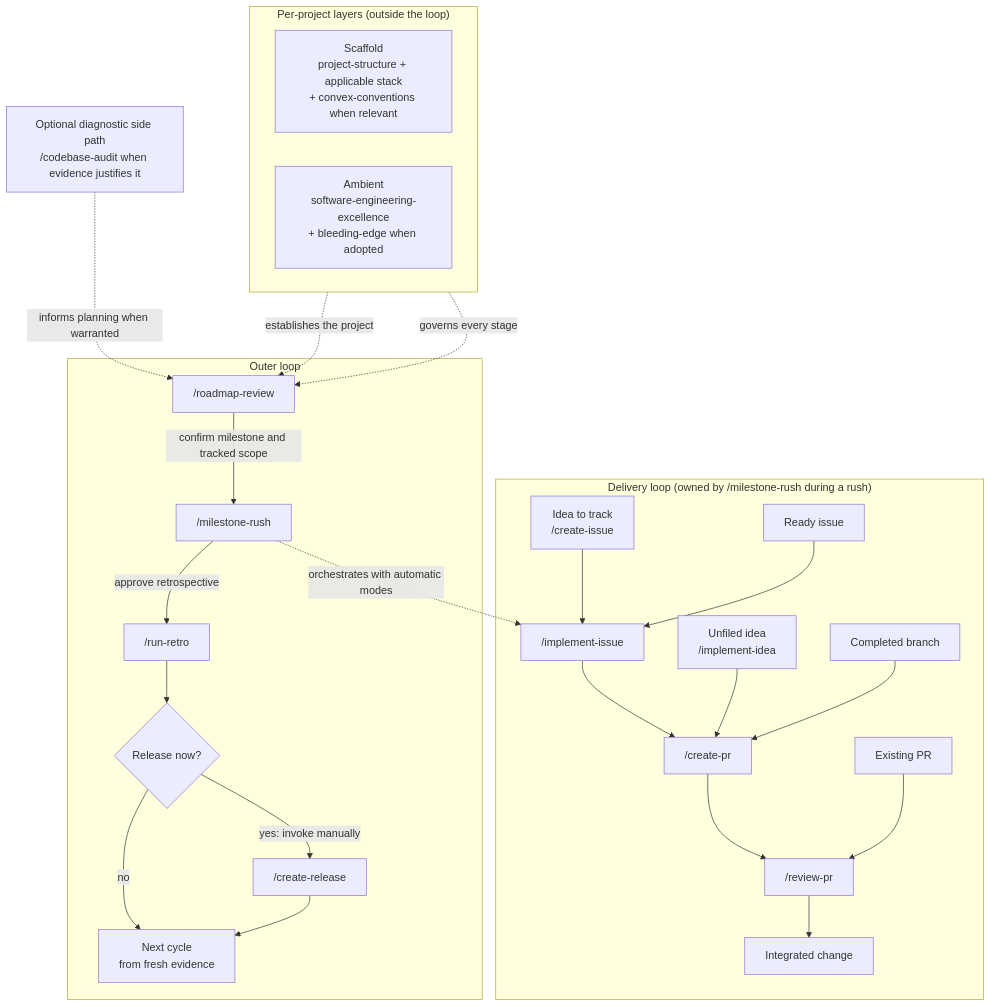
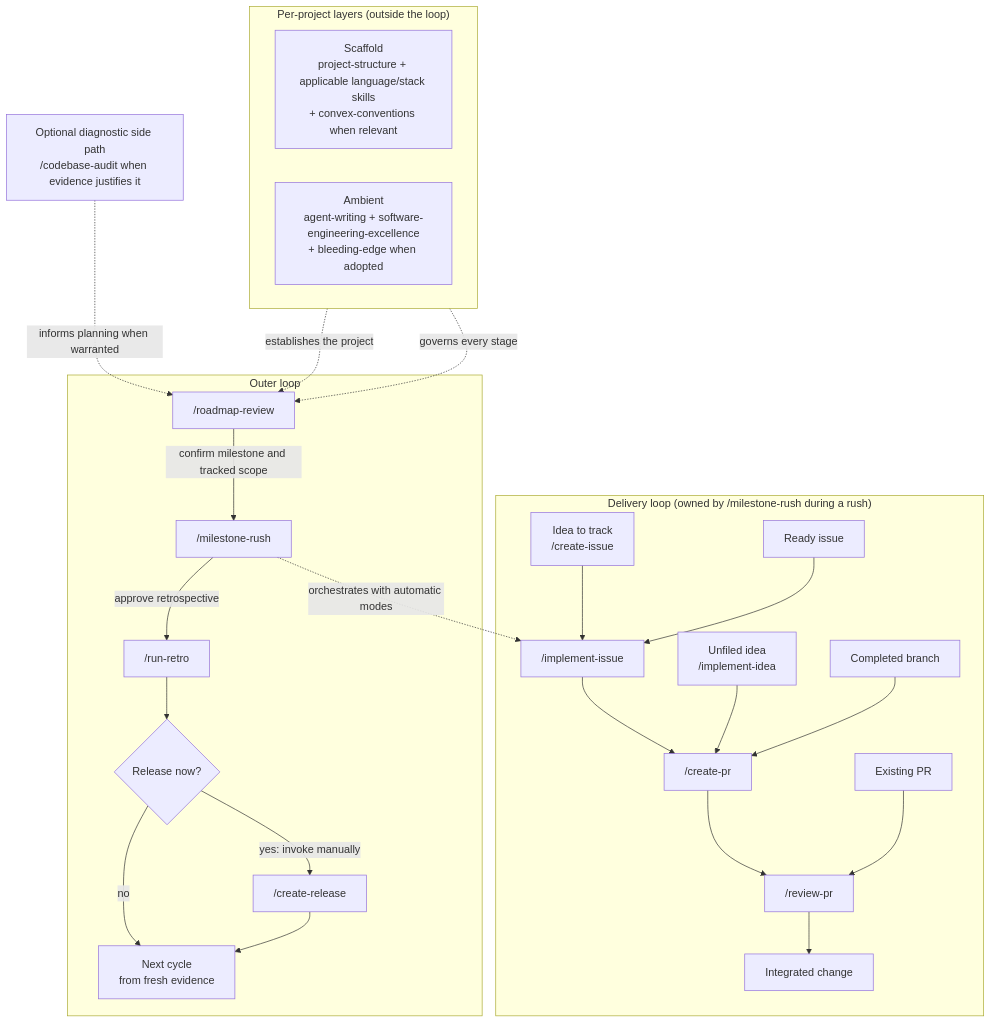
One commit to frostney/known-good-route changed the diagram in README.md. Above: the diagram before and after it, drawn with Mermaid. The commit also changed other lines of this file and 29 other files, not shown here.

````diff
--- a/README.md
+++ b/README.md
@@ -26,52 +26,52 @@
 ```mermaid
 flowchart TB
     subgraph Layers["Per-project layers (outside the loop)"]
         direction LR
-        Scaffold["Scaffold<br/>project-structure + applicable stack<br/>+ convex-conventions when relevant"]
-        Ambient["Ambient<br/>software-engineering-excellence<br/>+ bleeding-edge when adopted"]
+        Scaffold["Scaffold<br/>project-structure + applicable language/stack skills<br/>+ convex-conventions when relevant"]
+        Ambient["Ambient<br/>agent-writing + software-engineering-excellence<br/>+ bleeding-edge when adopted"]
     end
 
     subgraph Outer["Outer loop"]
         Roadmap["/roadmap-review"]
         Rush["/milestone-rush"]
         Retro["/run-retro"]
         ReleaseDecision{"Release now?"}
         Release["/create-release"]
         Next["Next cycle<br/>from fresh evidence"]
 
         Roadmap -->|"confirm milestone and tracked scope"| Rush
         Rush -->|"approve retrospective"| Retro
         Retro --> ReleaseDecision
         ReleaseDecision -->|"yes: invoke manually"| Release
         ReleaseDecision -->|"no"| Next
         Release --> Next
     end
 
     subgraph Delivery["Delivery loop (owned by /milestone-rush during a rush)"]
         Track["Idea to track<br/>/create-issue"]
         Ready["Ready issue"]
         Issue["/implement-issue"]
         Idea["Unfiled idea<br/>/implement-idea"]
         Branch["Completed branch"]
         CreatePR["/create-pr"]
         ExistingPR["Existing PR"]
         ReviewPR["/review-pr"]
         Integrated["Integrated change"]
 
         Track --> Issue
         Ready --> Issue
         Issue --> CreatePR
         Idea --> CreatePR
         Branch --> CreatePR
         CreatePR --> ReviewPR
         ExistingPR --> ReviewPR
         ReviewPR --> Integrated
     end
 
     Audit["Optional diagnostic side path<br/>/codebase-audit when evidence justifies it"]
 
     Scaffold -. "establishes the project" .-> Roadmap
     Ambient -. "governs every stage" .-> Roadmap
     Rush -. "orchestrates with automatic modes" .-> Issue
     Audit -. "informs planning when warranted" .-> Roadmap
 ```
````
